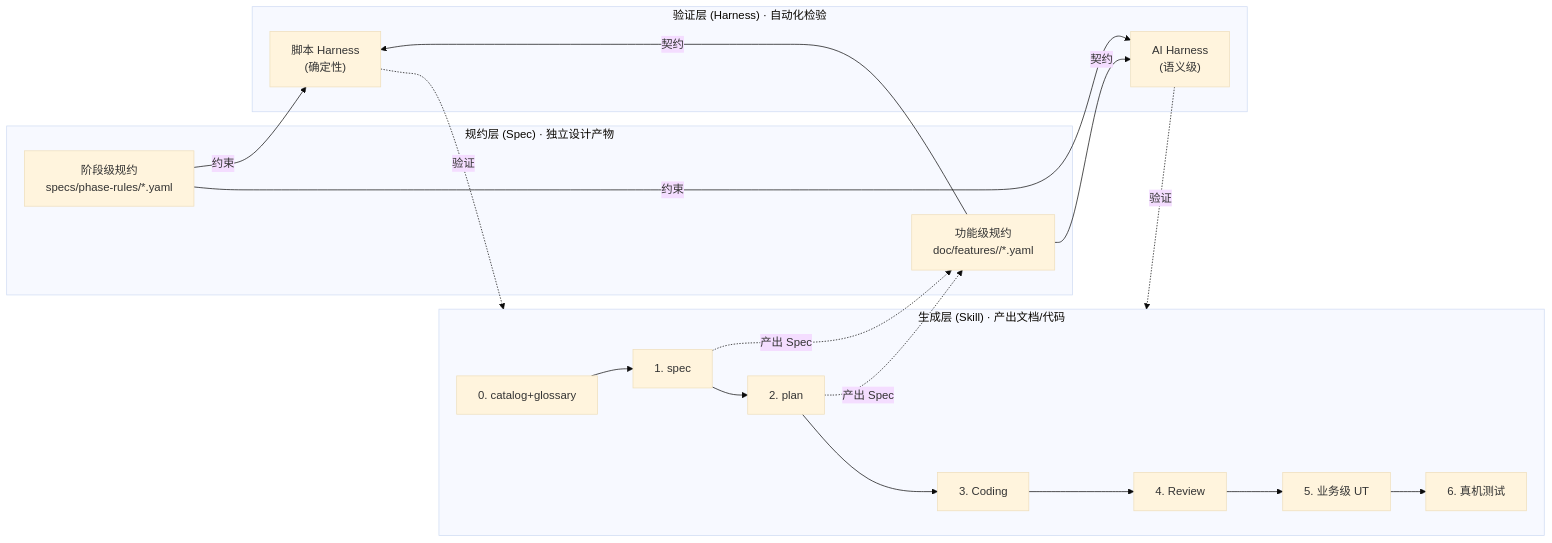
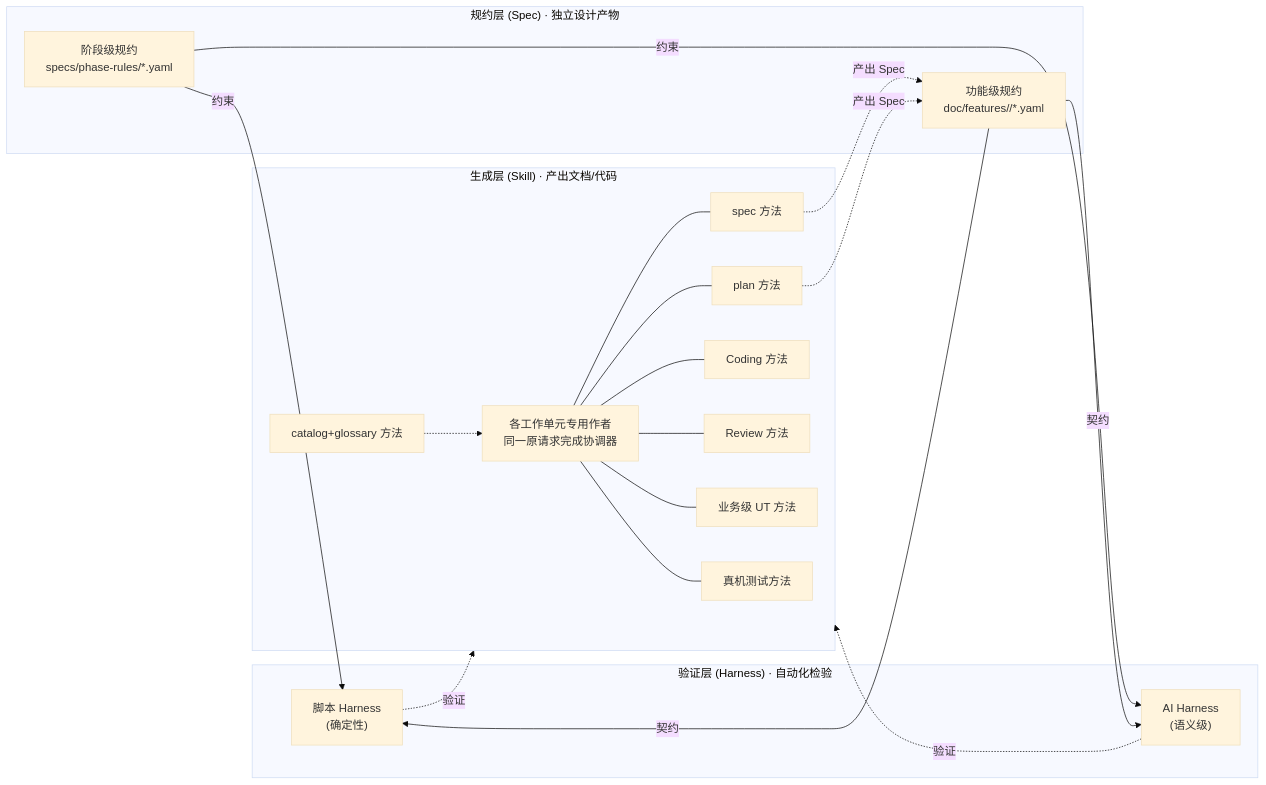
Before and after one commit to sqsqsq/SimulatedWalletForHmos: the first of 4 diagrams in framework/docs/overview.md, drawn with Mermaid (base theme). The commit also changed other lines of this file and 180 other files, not shown here.

````diff
--- a/framework/docs/overview.md
+++ b/framework/docs/overview.md
@@ -63,27 +66,29 @@
 ```mermaid
 flowchart LR
     subgraph specLayer ["规约层 (Spec) · 独立设计产物"]
         PR["阶段级规约<br/>specs/phase-rules/*.yaml"]
         FR["功能级规约<br/>doc/features/<feature>/*.yaml"]
     end
     subgraph skillLayer ["生成层 (Skill) · 产出文档/代码"]
-        S0["0. catalog+glossary"] --> S1["1. spec"]
-        S1 --> S2["2. plan"]
-        S2 --> S3["3. Coding"]
-        S3 --> S4["4. Review"]
-        S4 --> S5["5. 业务级 UT"]
-        S5 --> S6["6. 真机测试"]
+        A["各工作单元专用作者<br/>同一原请求完成协调器"]
+        S0["catalog+glossary 方法"] -.-> A
+        A --- S1["spec 方法"]
+        A --- S2["plan 方法"]
+        A --- S3["Coding 方法"]
+        A --- S4["Review 方法"]
+        A --- S5["业务级 UT 方法"]
+        A --- S6["真机测试方法"]
     end
     subgraph harnessLayer ["验证层 (Harness) · 自动化检验"]
         SH["脚本 Harness<br/>(确定性)"]
         AH["AI Harness<br/>(语义级)"]
     end
     S1 -.->|"产出 Spec"| FR
     S2 -.->|"产出 Spec"| FR
     PR -->|"约束"| SH
     FR -->|"契约"| SH
     PR -->|"约束"| AH
     FR -->|"契约"| AH
     SH -.->|"验证"| skillLayer
     AH -.->|"验证"| skillLayer
 ```
````
